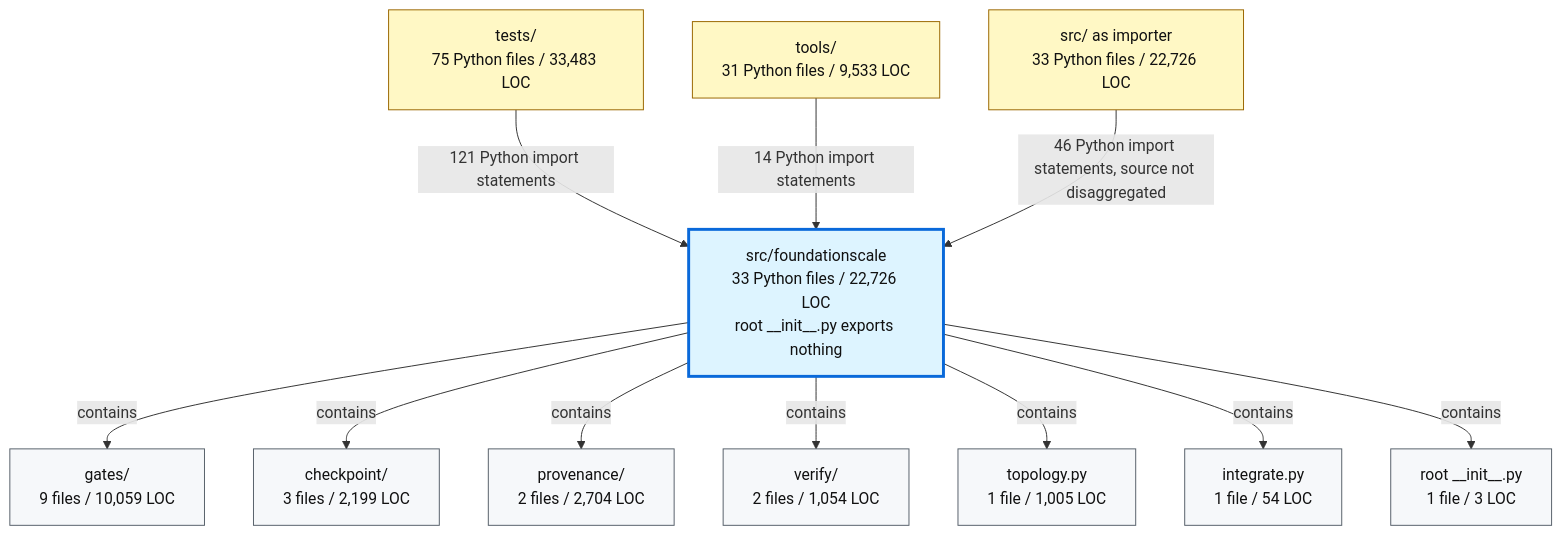
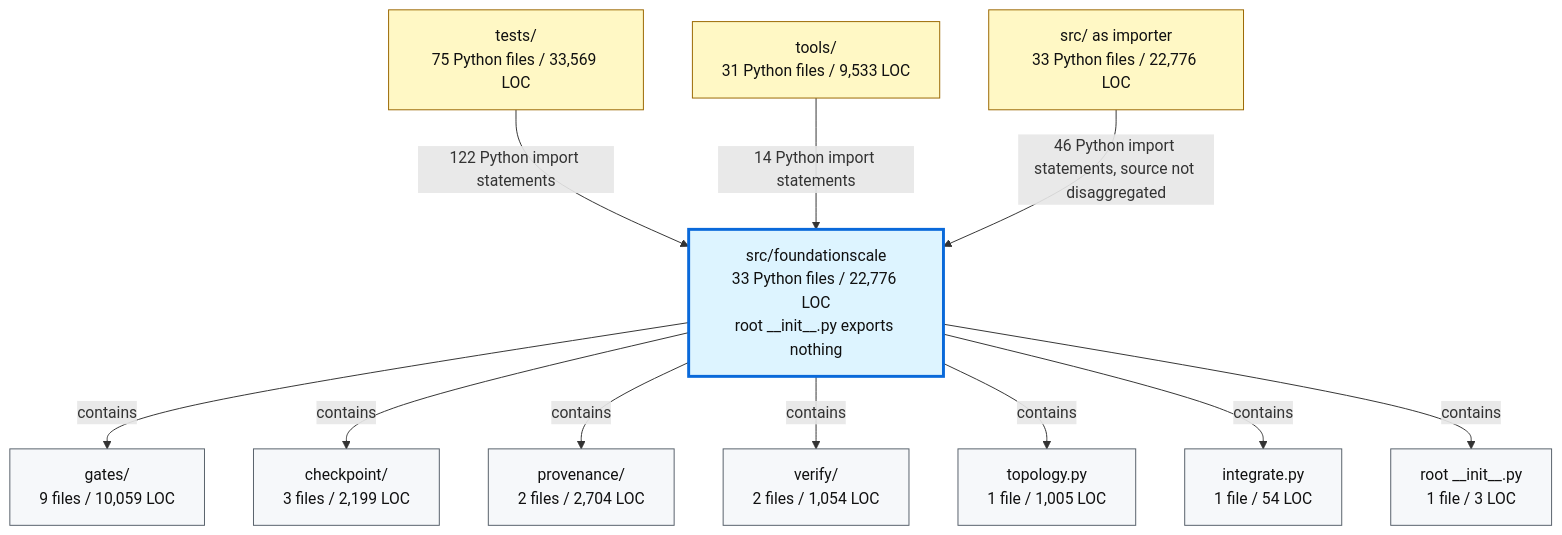
Before and after one commit to TranNhiem/FoundationScale: the second of 2 diagrams in docs/review/D2_current_architecture.md, drawn with Mermaid. The commit also changed other lines of this file and 13 other files, not shown here.

````diff
--- a/docs/review/D2_current_architecture.md
+++ b/docs/review/D2_current_architecture.md
@@ -97,36 +97,36 @@
 ```mermaid
 flowchart TB
-  TESTS["tests/<br/>75 Python files / 33,483 LOC"]
+  TESTS["tests/<br/>75 Python files / 33,569 LOC"]
   TOOLS["tools/<br/>31 Python files / 9,533 LOC"]
-  SRC["src/ as importer<br/>33 Python files / 22,726 LOC"]
+  SRC["src/ as importer<br/>33 Python files / 22,776 LOC"]
 
-  FS["src/foundationscale<br/>33 Python files / 22,726 LOC<br/>root __init__.py exports nothing"]
+  FS["src/foundationscale<br/>33 Python files / 22,776 LOC<br/>root __init__.py exports nothing"]
 
   GATES["gates/<br/>9 files / 10,059 LOC"]
   CKPT["checkpoint/<br/>3 files / 2,199 LOC"]
   PROV["provenance/<br/>2 files / 2,704 LOC"]
   VERIFY["verify/<br/>2 files / 1,054 LOC"]
   TOPO["topology.py<br/>1 file / 1,005 LOC"]
   INTEG["integrate.py<br/>1 file / 54 LOC"]
   ROOT["root __init__.py<br/>1 file / 3 LOC"]
 
-  TESTS -->|"121 Python import statements"| FS
+  TESTS -->|"122 Python import statements"| FS
   TOOLS -->|"14 Python import statements"| FS
   SRC -->|"46 Python import statements, source not disaggregated"| FS
 
   FS -->|"contains"| GATES
   FS -->|"contains"| CKPT
   FS -->|"contains"| PROV
   FS -->|"contains"| VERIFY
   FS -->|"contains"| TOPO
   FS -->|"contains"| INTEG
   FS -->|"contains"| ROOT
 
   classDef consumer fill:#fff8c5,stroke:#9a6700,color:#111;
   classDef package fill:#ddf4ff,stroke:#0969da,stroke-width:3px,color:#111;
   classDef module fill:#f6f8fa,stroke:#57606a,color:#111;
 
   class TESTS,TOOLS,SRC consumer;
   class FS package;
   class GATES,CKPT,PROV,VERIFY,TOPO,INTEG,ROOT module;
 ```
````
